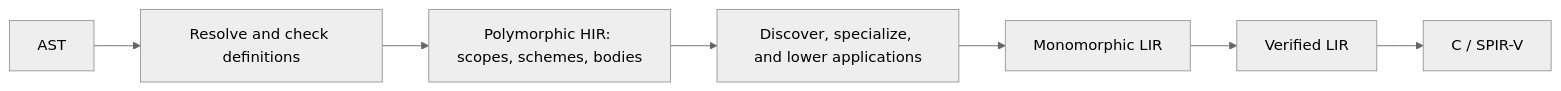
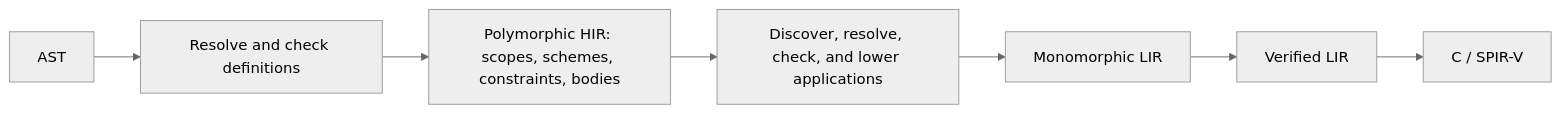
One commit to tsnl/resin changed the diagram in doc/template-implementation.md. Above: the diagram before and after it, drawn with Mermaid (neutral theme). The commit also changed other lines of this file and 3 other files, not shown here.

````diff
--- a/doc/template-implementation.md
+++ b/doc/template-implementation.md
@@ -15,9 +17,9 @@
 ```mermaid
 flowchart LR
     ast[AST] --> check[Resolve and check definitions]
-    check --> hir[Polymorphic HIR: scopes, schemes, bodies]
-    hir --> lower[Discover, specialize, and lower applications]
+    check --> hir[Polymorphic HIR: scopes, schemes, constraints, bodies]
+    hir --> lower[Discover, resolve, check, and lower applications]
     lower --> lir[Monomorphic LIR]
     lir --> verify[Verified LIR]
     verify --> codegen[C / SPIR-V]
 ```
````
